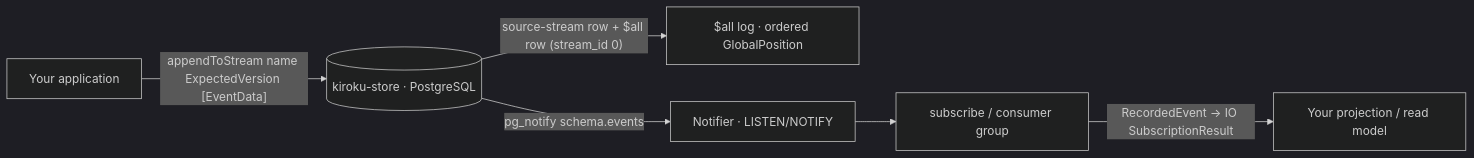
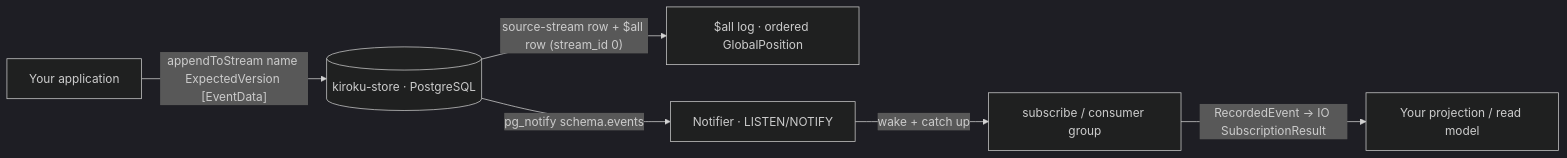
The diagram in content/docs/kiroku/index.mdx (shinzui/keiro-runtime-docs), drawn with Mermaid (dark theme) before and after one commit. The commit also changed other lines of this file and 8 other files, not shown here.

````diff
--- a/content/docs/kiroku/index.mdx
+++ b/content/docs/kiroku/index.mdx
@@ -32,15 +33,15 @@
 ```mermaid
 flowchart LR
   App["Your application"]
   Store[("kiroku-store · PostgreSQL")]
   AllLog["$all log · ordered GlobalPosition"]
   Notifier["Notifier · LISTEN/NOTIFY"]
   Sub["subscribe / consumer group"]
   Proj["Your projection / read model"]
 
   App -->|"appendToStream name ExpectedVersion [EventData]"| Store
   Store -->|"source-stream row + $all row (stream_id 0)"| AllLog
   Store -->|"pg_notify schema.events"| Notifier
-  Notifier --> Sub
+  Notifier -->|"wake + catch up"| Sub
   Sub -->|"RecordedEvent -> IO SubscriptionResult"| Proj
 ```
````
